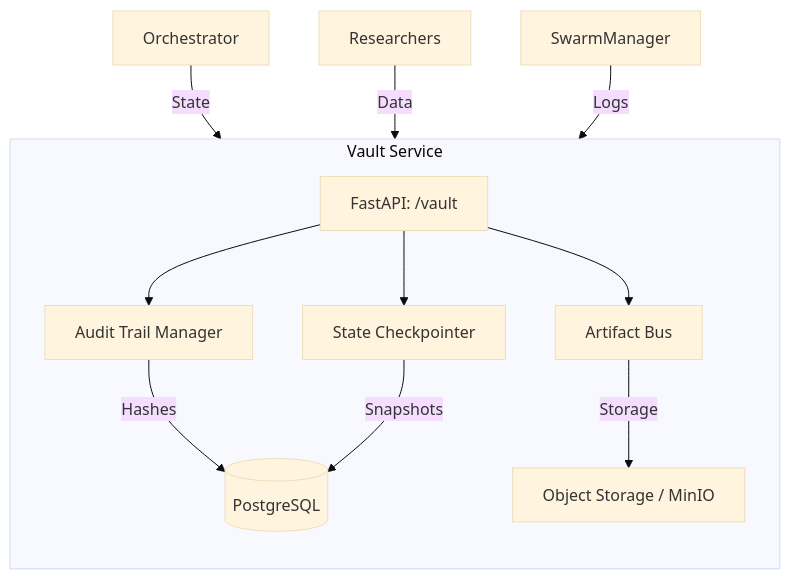
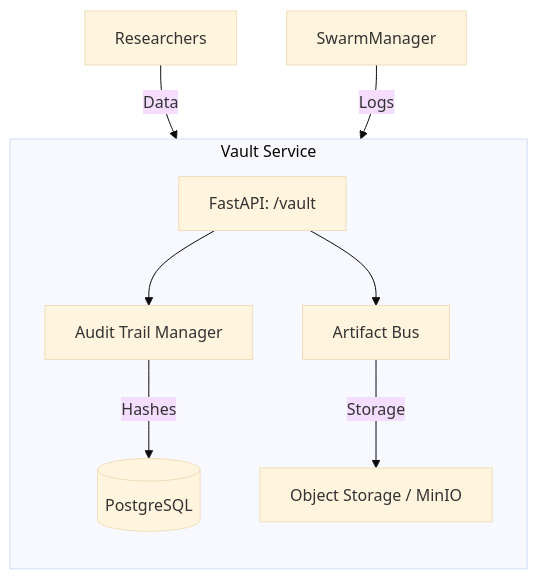
One commit to azzindani/Kea changed the diagram in services/vault/README.md. Above: the diagram before and after it, drawn with Mermaid (base theme). The commit also changed other lines of this file and 68 other files, not shown here.

````diff
--- a/services/vault/README.md
+++ b/services/vault/README.md
@@ -9,17 +9,14 @@
 ```mermaid
 graph TD
     subgraph Vault [Vault Service]
         direction TB
         API[FastAPI: /vault] --> Trail[Audit Trail Manager]
-        API --> Checkpoint[State Checkpointer]
         API --> Bus[Artifact Bus]
         
         Trail -->|Hashes| Postgres[(PostgreSQL)]
-        Checkpoint -->|Snapshots| Postgres
         Bus -->|Storage| S3[Object Storage / MinIO]
     end
 
-    Orchestrator -->|State| Checkpoint
     Researchers -->|Data| Bus
     SwarmManager -->|Logs| Trail
 ```
````
